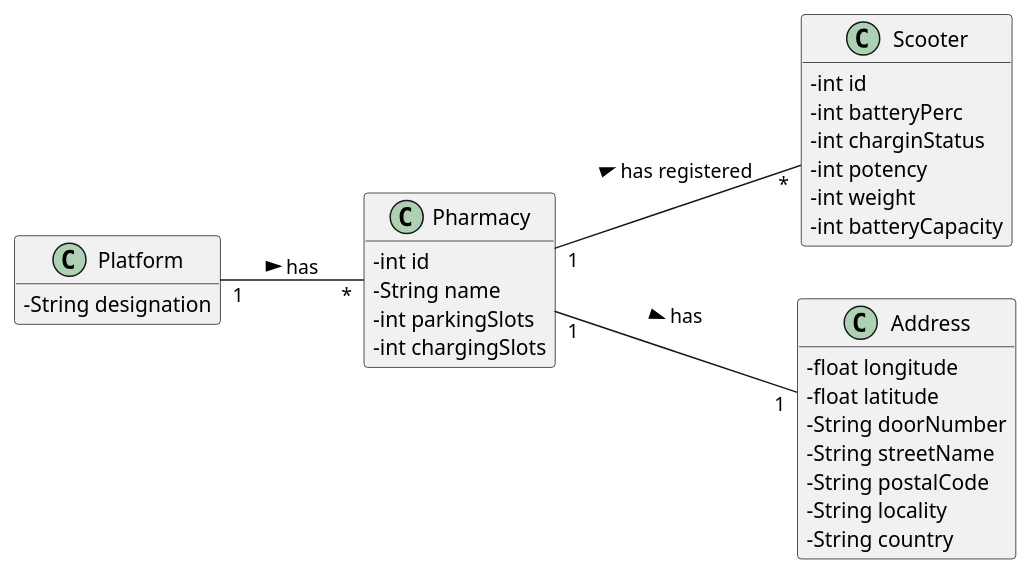
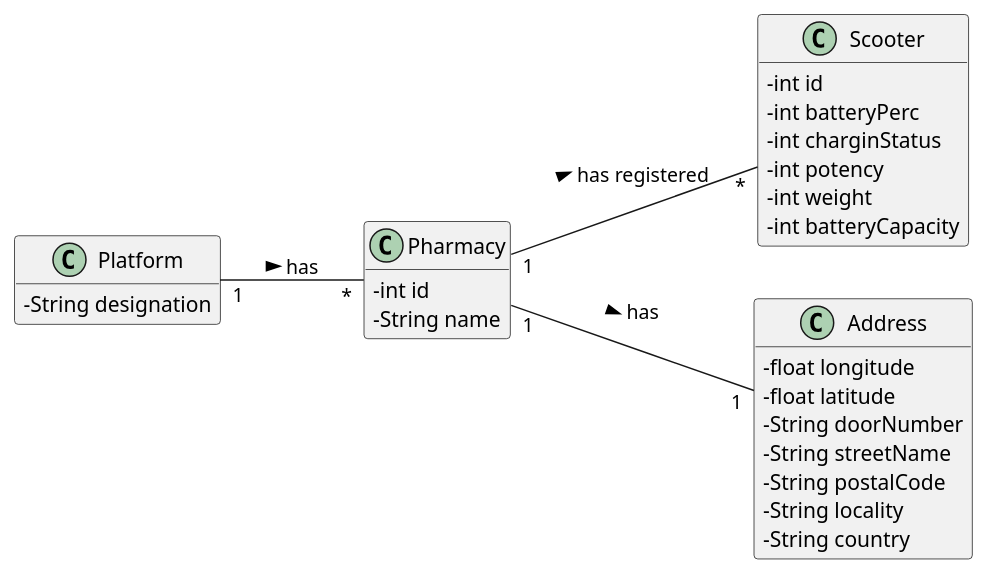
One commit to tiagoavcosta25/LAPR3 changed the diagram in docs/Iteration 1/Scooter Management/US21_RegisterScooter/US21_DM.puml. Above: the diagram before and after it, drawn with PlantUML. The commit also changed 10 other files, not shown here.

```diff
--- a/docs/Iteration 1/Scooter Management/US21_RegisterScooter/US21_DM.puml
+++ b/docs/Iteration 1/Scooter Management/US21_RegisterScooter/US21_DM.puml
@@ -1,41 +1,39 @@
 @startuml
 skinparam classAttributeIconSize 0
 hide methods
 left to right direction
 
 class Platform {
   -String designation
 }
 
 class Pharmacy {
   -int id
   -String name
-  -int parkingSlots
-  -int chargingSlots
 }
 
 class Scooter{
   -int id
   -int batteryPerc
   -int charginStatus
   -int potency
   -int weight
   -int batteryCapacity
 }
 
 class Address{
   -float longitude
   -float latitude
   -String doorNumber
   -String streetName
   -String postalCode
   -String locality
   -String country
 }
 
 
 
 Platform "1" -- "*" Pharmacy : has >
 Pharmacy "1" -- "*" Scooter : has registered >
 Pharmacy "1" -- "1" Address : has >
 @enduml
```
